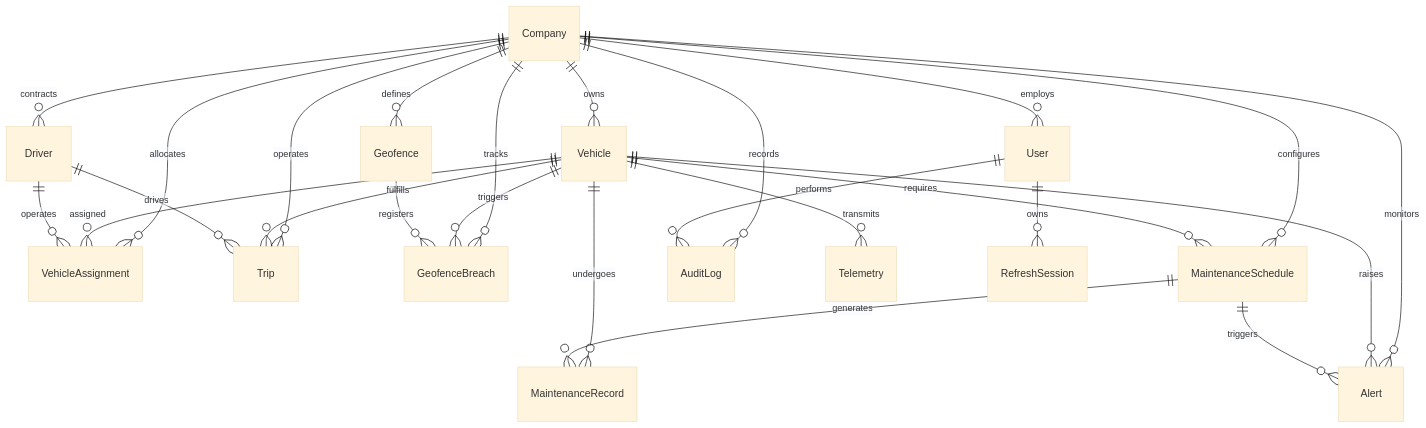
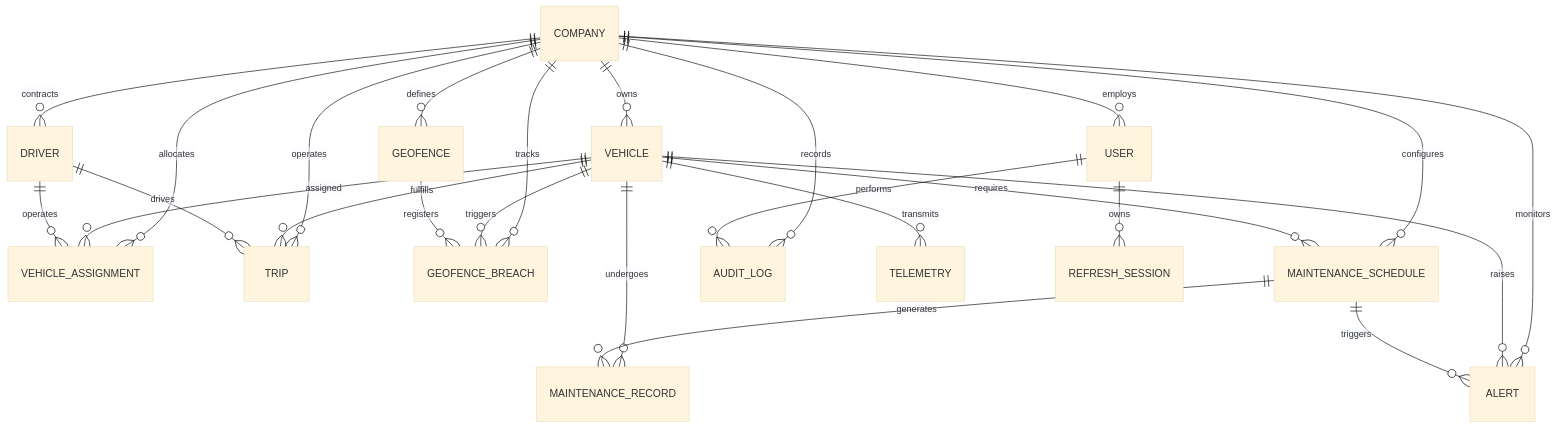
The fourth of 4 diagrams in README.md (rakshita1802/FleetCore), drawn with Mermaid (base theme) before and after one commit. The commit also changed other lines of this file, not shown here.

Commit message:
fix: sanitize mermaid diagram syntax for clean rich display rendering

````diff
--- a/README.md
+++ b/README.md
@@ -143,31 +143,31 @@
 ```mermaid
 erDiagram
-    Company ||--o{ User : employs
-    Company ||--o{ Vehicle : owns
-    Company ||--o{ Driver : contracts
-    Company ||--o{ VehicleAssignment : allocates
-    Company ||--o{ Trip : operates
-    Company ||--o{ Geofence : defines
-    Company ||--o{ GeofenceBreach : tracks
-    Company ||--o{ MaintenanceSchedule : configures
-    Company ||--o{ Alert : monitors
-    Company ||--o{ AuditLog : records
+    COMPANY ||--o{ USER : employs
+    COMPANY ||--o{ VEHICLE : owns
+    COMPANY ||--o{ DRIVER : contracts
+    COMPANY ||--o{ VEHICLE_ASSIGNMENT : allocates
+    COMPANY ||--o{ TRIP : operates
+    COMPANY ||--o{ GEOFENCE : defines
+    COMPANY ||--o{ GEOFENCE_BREACH : tracks
+    COMPANY ||--o{ MAINTENANCE_SCHEDULE : configures
+    COMPANY ||--o{ ALERT : monitors
+    COMPANY ||--o{ AUDIT_LOG : records
 
-    Vehicle ||--o{ VehicleAssignment : assigned
-    Vehicle ||--o{ Trip : fulfills
-    Vehicle ||--o{ Telemetry : transmits
-    Vehicle ||--o{ GeofenceBreach : triggers
-    Vehicle ||--o{ MaintenanceSchedule : requires
-    Vehicle ||--o{ MaintenanceRecord : undergoes
-    Vehicle ||--o{ Alert : raises
+    VEHICLE ||--o{ VEHICLE_ASSIGNMENT : assigned
+    VEHICLE ||--o{ TRIP : fulfills
+    VEHICLE ||--o{ TELEMETRY : transmits
+    VEHICLE ||--o{ GEOFENCE_BREACH : triggers
+    VEHICLE ||--o{ MAINTENANCE_SCHEDULE : requires
+    VEHICLE ||--o{ MAINTENANCE_RECORD : undergoes
+    VEHICLE ||--o{ ALERT : raises
 
-    Driver ||--o{ VehicleAssignment : operates
-    Driver ||--o{ Trip : drives
+    DRIVER ||--o{ VEHICLE_ASSIGNMENT : operates
+    DRIVER ||--o{ TRIP : drives
 
-    Geofence ||--o{ GeofenceBreach : registers
-    MaintenanceSchedule ||--o{ MaintenanceRecord : generates
-    MaintenanceSchedule ||--o{ Alert : triggers
+    GEOFENCE ||--o{ GEOFENCE_BREACH : registers
+    MAINTENANCE_SCHEDULE ||--o{ MAINTENANCE_RECORD : generates
+    MAINTENANCE_SCHEDULE ||--o{ ALERT : triggers
 
-    User ||--o{ RefreshSession : owns
-    User ||--o{ AuditLog : performs
+    USER ||--o{ REFRESH_SESSION : owns
+    USER ||--o{ AUDIT_LOG : performs
 ```
````
